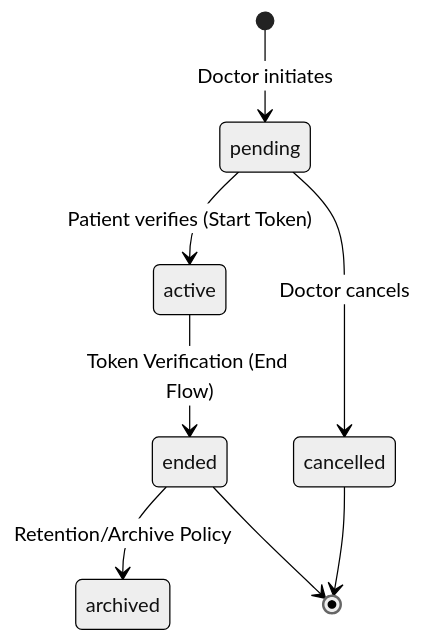
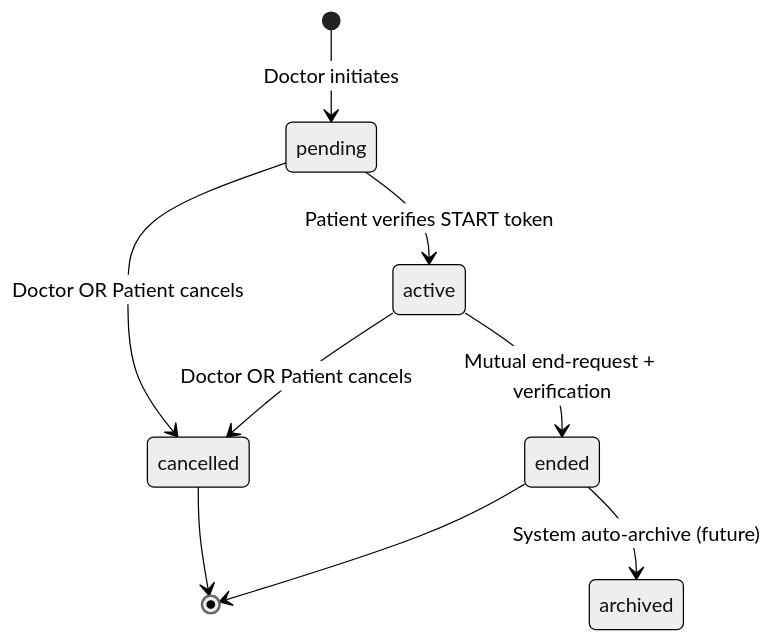
One commit to Abdallah-A-Raafat/Nuralhealer changed the first of 4 diagrams in backend/backend/docs/api/ENGAGEMENT_LOGIC.md. Above: the diagram before and after it, drawn with Mermaid (neutral theme). The commit also changed other lines of this file and 4 other files, not shown here.

````diff
--- a/backend/backend/docs/api/ENGAGEMENT_LOGIC.md
+++ b/backend/backend/docs/api/ENGAGEMENT_LOGIC.md
@@ -31,10 +101,11 @@
 ```mermaid
 stateDiagram-v2
     [*] --> pending: Doctor initiates
-    pending --> active: Patient verifies (Start Token)
-    pending --> cancelled: Doctor cancels
-    active --> ended: Token Verification (End Flow)
-    ended --> archived: Retention/Archive Policy
+    pending --> active: Patient verifies START token
+    pending --> cancelled: Doctor OR Patient cancels
+    active --> cancelled: Doctor OR Patient cancels
+    active --> ended: Mutual end-request + verification
+    ended --> archived: System auto-archive (future)
+    cancelled --> [*]
     ended --> [*]
-    cancelled --> [*]
 ```
````
